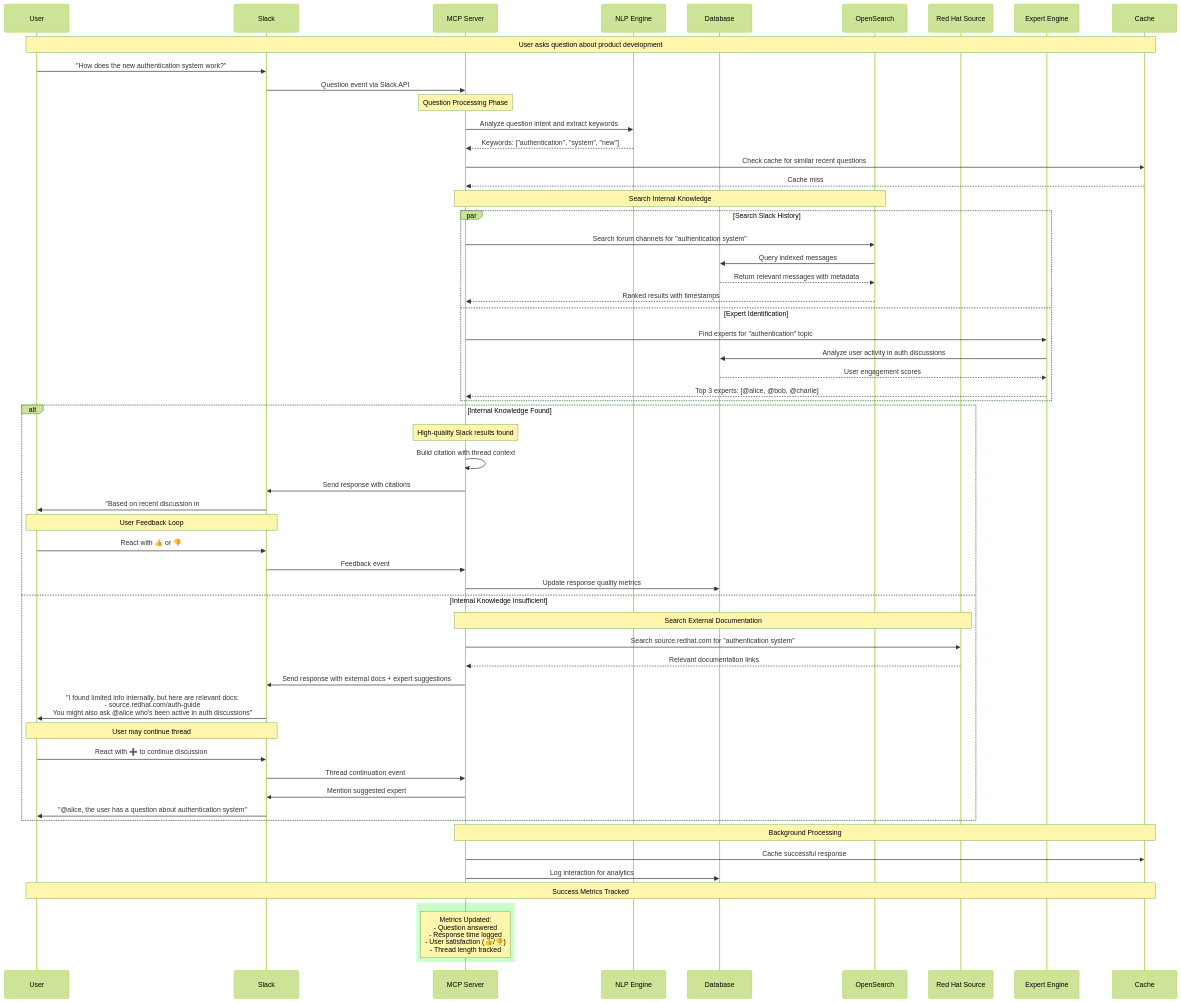
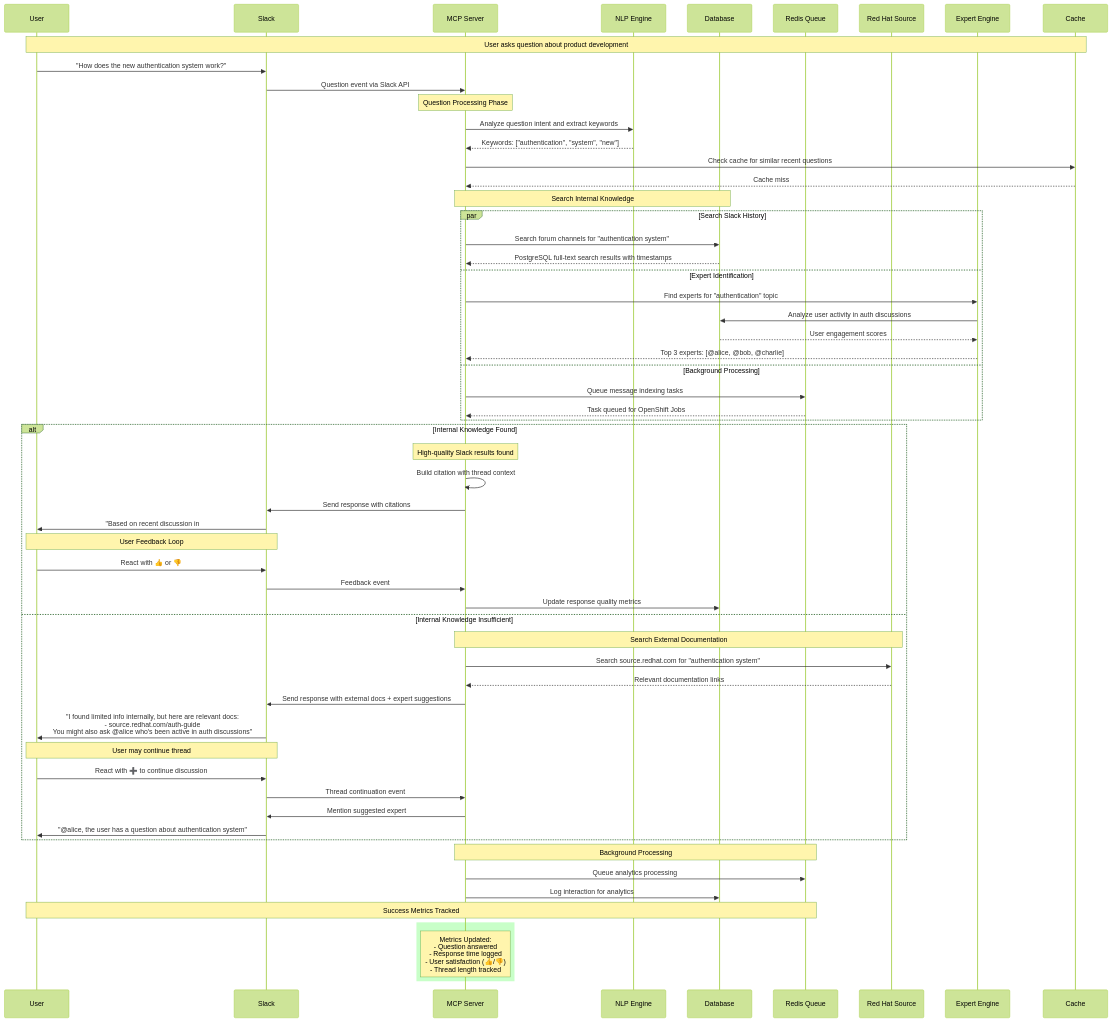
The second of 2 diagrams in project_proposal.md (jianrongzhang89/slackchatbot), drawn with Mermaid (forest theme) before and after one commit. The commit also changed other lines of this file, not shown here.

````diff
--- a/project_proposal.md
+++ b/project_proposal.md
@@ -241,72 +246,73 @@
 ```mermaid
 sequenceDiagram
     participant U as User
     participant S as Slack
     participant MCP as MCP Server
     participant NLP as NLP Engine
     participant DB as Database
-    participant OS as OpenSearch
+    participant Q as Redis Queue
     participant RH as Red Hat Source
     participant EX as Expert Engine
     participant C as Cache
     
     Note over U,C: User asks question about product development
     
     U->>S: "How does the new authentication system work?"
     S->>MCP: Question event via Slack API
     
     Note over MCP: Question Processing Phase
     MCP->>NLP: Analyze question intent and extract keywords
     NLP-->>MCP: Keywords: ["authentication", "system", "new"]
     
     MCP->>C: Check cache for similar recent questions
     C-->>MCP: Cache miss
     
-    Note over MCP,OS: Search Internal Knowledge
+    Note over MCP,DB: Search Internal Knowledge
     par Search Slack History
-        MCP->>OS: Search forum channels for "authentication system"
-        OS->>DB: Query indexed messages
-        DB-->>OS: Return relevant messages with metadata
-        OS-->>MCP: Ranked results with timestamps
+        MCP->>DB: Search forum channels for "authentication system"
+        DB-->>MCP: PostgreSQL full-text search results with timestamps
     and Expert Identification
         MCP->>EX: Find experts for "authentication" topic
         EX->>DB: Analyze user activity in auth discussions
         DB-->>EX: User engagement scores
         EX-->>MCP: Top 3 experts: [@alice, @bob, @charlie]
+    and Background Processing
+        MCP->>Q: Queue message indexing tasks
+        Q-->>MCP: Task queued for OpenShift Jobs
     end
     
     alt Internal Knowledge Found
         Note over MCP: High-quality Slack results found
         MCP->>MCP: Build citation with thread context
         MCP->>S: Send response with citations
         S->>U: "Based on recent discussion in #forum-dev..."
         
         Note over U,S: User Feedback Loop
         U->>S: React with 👍 or 👎
         S->>MCP: Feedback event
         MCP->>DB: Update response quality metrics
         
     else Internal Knowledge Insufficient
         Note over MCP,RH: Search External Documentation
         MCP->>RH: Search source.redhat.com for "authentication system"
         RH-->>MCP: Relevant documentation links
         
         MCP->>S: Send response with external docs + expert suggestions
         S->>U: "I found limited info internally, but here are relevant docs:<br/>- source.redhat.com/auth-guide<br/>You might also ask @alice who's been active in auth discussions"
         
         Note over U,S: User may continue thread
         U->>S: React with ➕ to continue discussion
         S->>MCP: Thread continuation event
         MCP->>S: Mention suggested expert
         S->>U: "@alice, the user has a question about authentication system"
     end
     
-    Note over MCP,C: Background Processing
-    MCP->>C: Cache successful response
+    Note over MCP,Q: Background Processing
+    MCP->>Q: Queue analytics processing
     MCP->>DB: Log interaction for analytics
     
-    Note over U,C: Success Metrics Tracked
+    Note over U,Q: Success Metrics Tracked
     rect rgb(200, 255, 200)
         Note over MCP: Metrics Updated:<br/>- Question answered<br/>- Response time logged<br/>- User satisfaction (👍/👎)<br/>- Thread length tracked
     end
 ```
````
